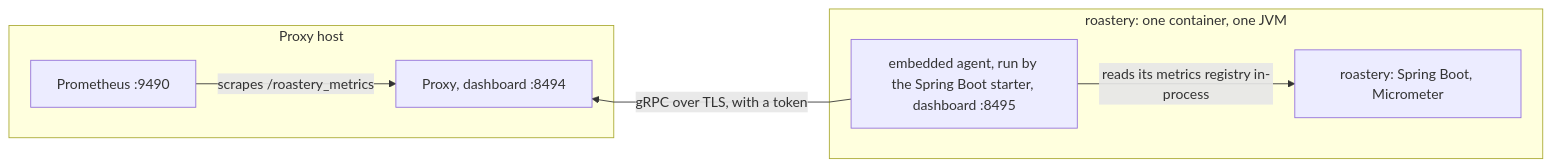
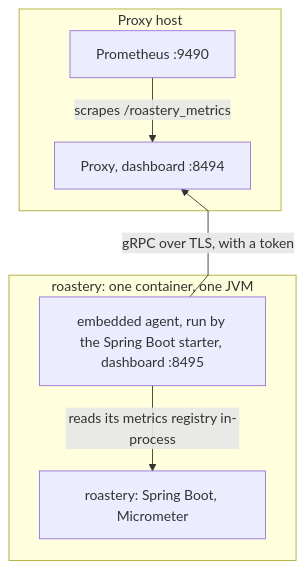
One commit to pambrose/prometheus-proxy changed the diagram in website/prometheus-proxy/docs/spring-boot-demo.md. Above: the diagram before and after it, drawn with Mermaid. The commit also changed 18 other files, not shown here.

First line of the commit message:
Draw the docs' diagrams readable, set the reading measure, and serve the lightbox from the site (#535)

````diff
--- a/website/prometheus-proxy/docs/spring-boot-demo.md
+++ b/website/prometheus-proxy/docs/spring-boot-demo.md
@@ -25,19 +25,19 @@
 ``` mermaid
 %%{init: {'flowchart': {'curve': 'linear'}}}%%
-graph LR
+graph TB
   P[Prometheus :9490] -->|scrapes /roastery_metrics| Proxy[Proxy, dashboard :8494]
-  %% The agent connects out to the proxy, so its arrow points back. The invisible link keeps the app to the right.
+  %% The agent connects out to the proxy, so its arrow points back. The invisible link keeps the app below.
   Proxy ~~~ Agent
   Agent[embedded agent, run by the Spring Boot starter, dashboard :8495] -->|gRPC over TLS, with a token| Proxy
   Agent -->|reads its metrics registry in-process| App[roastery: Spring Boot, Micrometer]
 
   subgraph host[Proxy host]
     P
     Proxy
   end
 
   subgraph roastery[roastery: one container, one JVM]
     Agent
     App
   end
 ```
````
